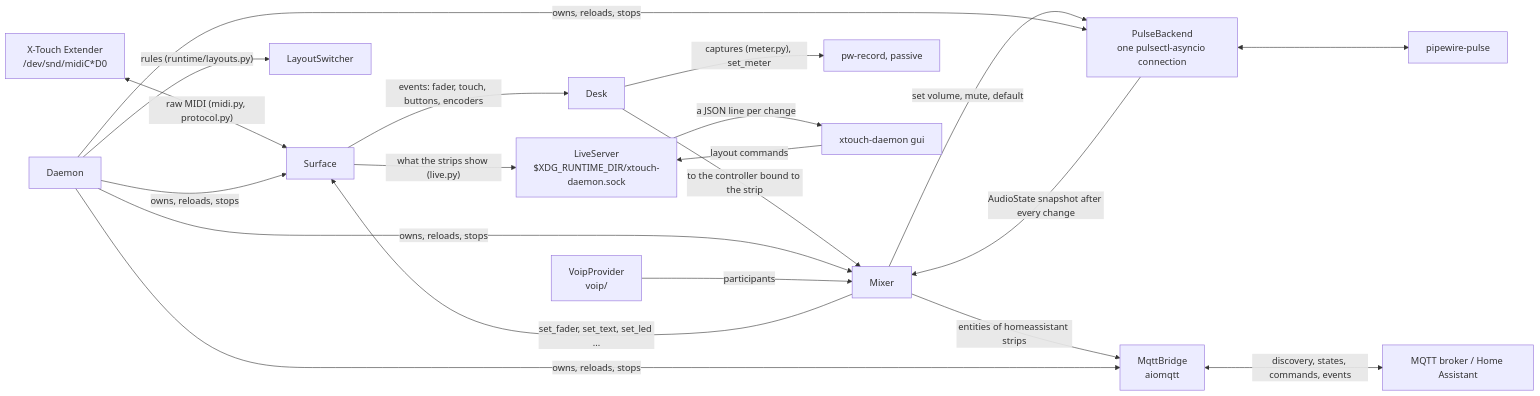
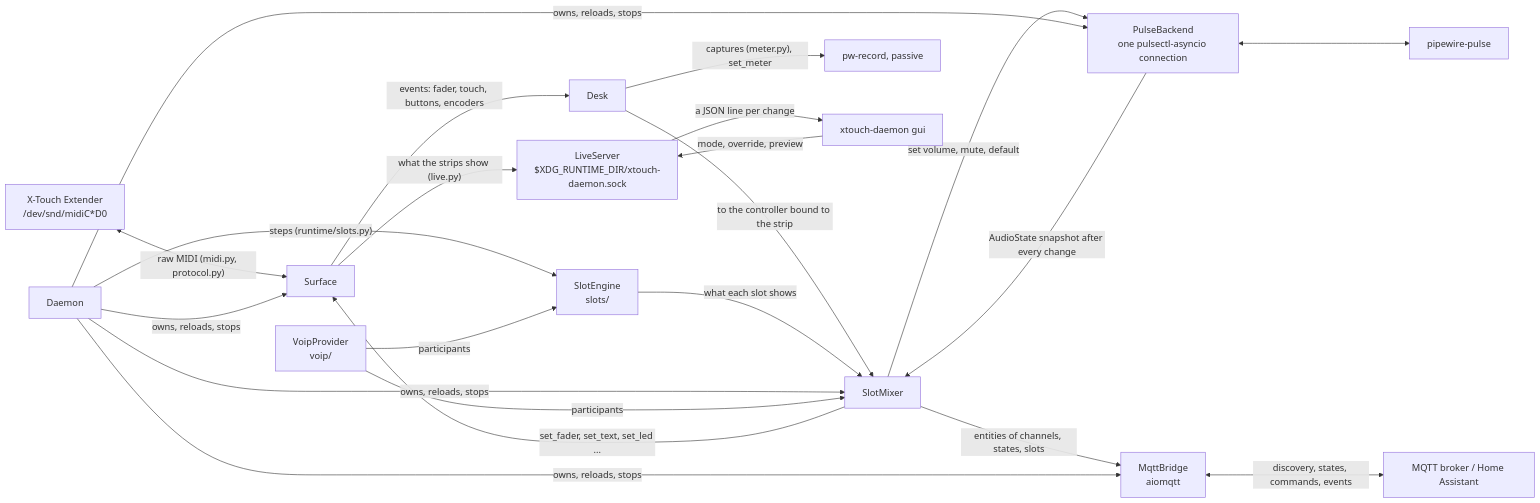
The diagram in docs/architecture.md (markusressel/xtouch-daemon), drawn with Mermaid before and after one commit. The commit also changed other lines of this file and 9 other files, not shown here.

First line of the commit message:
Docs: the rest of the pages for channels, states and slots

````diff
--- a/docs/architecture.md
+++ b/docs/architecture.md
@@ -6,19 +6,20 @@
 ```mermaid
 graph LR
     Device[X-Touch Extender<br/>/dev/snd/midiC*D0] <-- "raw MIDI (midi.py, protocol.py)" --> Surface
     Surface -- "events: fader, touch, buttons, encoders" --> Desk
-    Desk -- "to the controller bound to the strip" --> Mixer
+    Desk -- "to the controller bound to the strip" --> Mixer[SlotMixer]
     Mixer -- "set_fader, set_text, set_led ..." --> Surface
     Backend[PulseBackend<br/>one pulsectl-asyncio connection] -- "AudioState snapshot after every change" --> Mixer
     Mixer -- "set volume, mute, default" --> Backend
+    Engine[SlotEngine<br/>slots/] -- "what each slot shows" --> Mixer
     Backend <--> Sound[pipewire-pulse]
     Desk -- "captures (meter.py), set_meter" --> PwRecord[pw-record, passive]
-    Mixer -- "entities of homeassistant strips" --> Bridge[MqttBridge<br/>aiomqtt]
+    Mixer -- "entities of channels, states, slots" --> Bridge[MqttBridge<br/>aiomqtt]
     Bridge <-- "discovery, states, commands, events" --> Broker[MQTT broker / Home Assistant]
     Daemon -- "owns, reloads, stops" --> Surface & Backend & Mixer & Bridge
     Surface -- "what the strips show (live.py)" --> Live[LiveServer<br/>$XDG_RUNTIME_DIR/xtouch-daemon.sock]
     Live -- "a JSON line per change" --> GUI[xtouch-daemon gui]
-    GUI -- "layout commands" --> Live
-    Daemon -- "rules (runtime/layouts.py)" --> Switcher[LayoutSwitcher]
-    Voip[VoipProvider<br/>voip/] -- "participants" --> Mixer
+    GUI -- "mode, override, preview" --> Live
+    Daemon -- "steps (runtime/slots.py)" --> Engine
+    Voip[VoipProvider<br/>voip/] -- "participants" --> Engine & Mixer
 ```
````
